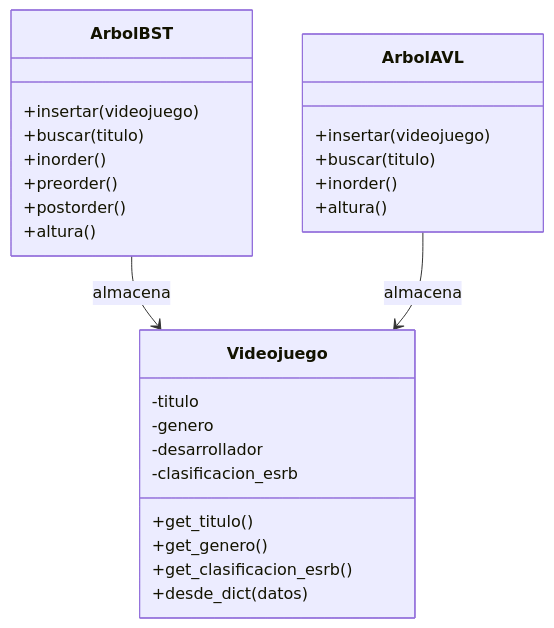
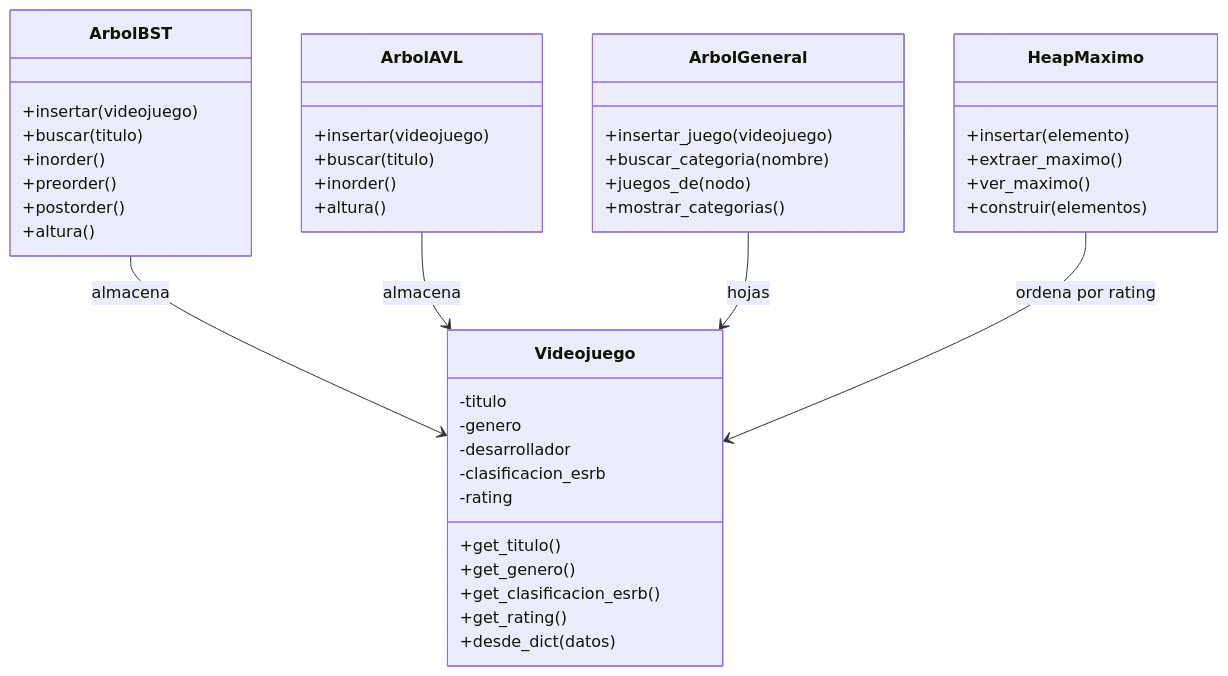
The diagram in docs/03-diagrama-clases.md (Ceciliabonetto/gameguardian-tp-estructuradedatos), drawn with Mermaid before and after one commit. The commit also changed other lines of this file and 8 other files, not shown here.

Commit message:
TP6: heap maximal hecho a mano, Top 10 por clasificacion con rating y docs actualizados

````diff
--- a/docs/03-diagrama-clases.md
+++ b/docs/03-diagrama-clases.md
@@ -3,29 +3,46 @@
 ```mermaid
 classDiagram
-    class Videojuego {
+        class Videojuego {
         -titulo
         -genero
         -desarrollador
         -clasificacion_esrb
+        -rating
         +get_titulo()
         +get_genero()
         +get_clasificacion_esrb()
+        +get_rating()
         +desde_dict(datos)
     }
     class ArbolBST {
         +insertar(videojuego)
         +buscar(titulo)
         +inorder()
         +preorder()
         +postorder()
         +altura()
     }
     class ArbolAVL {
         +insertar(videojuego)
         +buscar(titulo)
         +inorder()
         +altura()
     }
+    class ArbolGeneral {
+        +insertar_juego(videojuego)
+        +buscar_categoria(nombre)
+        +juegos_de(nodo)
+        +mostrar_categorias()
+    }
+
+    class HeapMaximo {
+        +insertar(elemento)
+        +extraer_maximo()
+        +ver_maximo()
+        +construir(elementos)
+    }
     ArbolBST --> Videojuego : almacena
     ArbolAVL --> Videojuego : almacena
+    ArbolGeneral --> Videojuego : hojas
+    HeapMaximo --> Videojuego : ordena por rating
 ```
````
